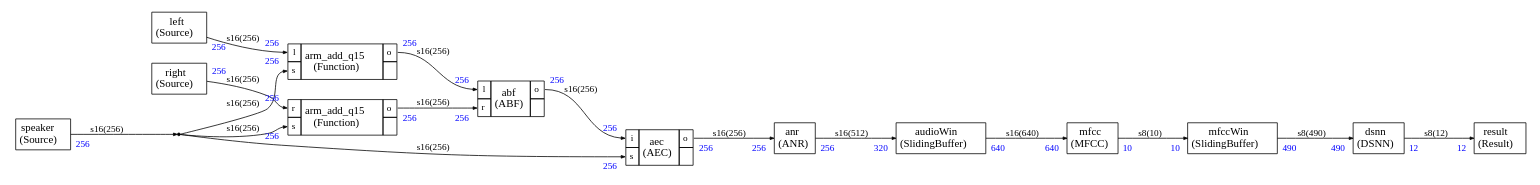
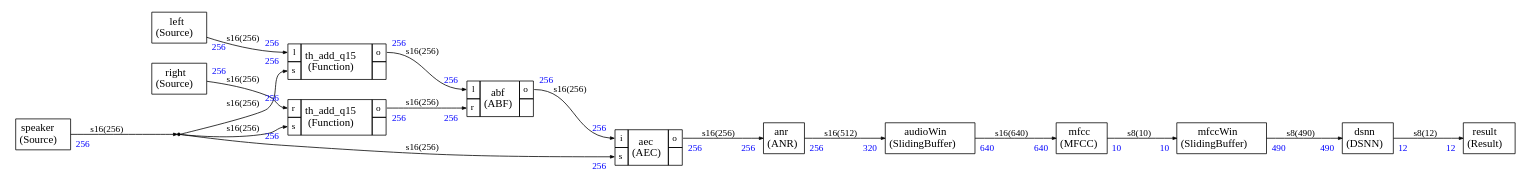
One commit to christophe0606/audiomark changed the diagram in src/cmsis_stream/audiomark.dot. Above: the diagram before and after it, drawn with Graphviz. The commit also changed 34 other files, not shown here.

```diff
--- a/src/cmsis_stream/audiomark.dot
+++ b/src/cmsis_stream/audiomark.dot
@@ -46,38 +46,6 @@
   <TR>
     <TD ALIGN="CENTER" PORT="i"><FONT COLOR="black" POINT-SIZE="14.0">anr<BR/>(ANR)</FONT></TD>
   </TR>
-</TABLE>>];
-
-
-arm_add_q151 [label=<
-<TABLE color="black" bgcolor="none" BORDER="0" CELLBORDER="1" CELLSPACING="0" CELLPADDING="4">
-  <TR>
-    <TD PORT="l"><FONT POINT-SIZE="12.0" COLOR="black">l</FONT></TD>
-    <TD ALIGN="CENTER" ROWSPAN="2"><FONT COLOR="black" POINT-SIZE="14.0">arm_add_q15<BR/>(Function)</FONT></TD>
-    <TD PORT="o"><FONT POINT-SIZE="12.0" COLOR="black">o</FONT></TD>
-  </TR>
-<TR>
-<TD PORT="s"><FONT POINT-SIZE="12.0" COLOR="black">s</FONT></TD>
-
- 
-<TD></TD></TR>
-
-</TABLE>>];
-
-
-arm_add_q152 [label=<
-<TABLE color="black" bgcolor="none" BORDER="0" CELLBORDER="1" CELLSPACING="0" CELLPADDING="4">
-  <TR>
-    <TD PORT="r"><FONT POINT-SIZE="12.0" COLOR="black">r</FONT></TD>
-    <TD ALIGN="CENTER" ROWSPAN="2"><FONT COLOR="black" POINT-SIZE="14.0">arm_add_q15<BR/>(Function)</FONT></TD>
-    <TD PORT="o"><FONT POINT-SIZE="12.0" COLOR="black">o</FONT></TD>
-  </TR>
-<TR>
-<TD PORT="s"><FONT POINT-SIZE="12.0" COLOR="black">s</FONT></TD>
-
- 
-<TD></TD></TR>
-
 </TABLE>>];
 
 audioWin [label=<
@@ -139,26 +107,58 @@
 </TABLE>>];
 
 
+th_add_q151 [label=<
+<TABLE color="black" bgcolor="none" BORDER="0" CELLBORDER="1" CELLSPACING="0" CELLPADDING="4">
+  <TR>
+    <TD PORT="l"><FONT POINT-SIZE="12.0" COLOR="black">l</FONT></TD>
+    <TD ALIGN="CENTER" ROWSPAN="2"><FONT COLOR="black" POINT-SIZE="14.0">th_add_q15<BR/>(Function)</FONT></TD>
+    <TD PORT="o"><FONT POINT-SIZE="12.0" COLOR="black">o</FONT></TD>
+  </TR>
+<TR>
+<TD PORT="s"><FONT POINT-SIZE="12.0" COLOR="black">s</FONT></TD>
 
-left:i -> arm_add_q151:l [style="solid",color="black",fontsize="12.0",fontcolor="black",label=<s16(256)>
+ 
+<TD></TD></TR>
+
+</TABLE>>];
+
+
+th_add_q152 [label=<
+<TABLE color="black" bgcolor="none" BORDER="0" CELLBORDER="1" CELLSPACING="0" CELLPADDING="4">
+  <TR>
+    <TD PORT="r"><FONT POINT-SIZE="12.0" COLOR="black">r</FONT></TD>
+    <TD ALIGN="CENTER" ROWSPAN="2"><FONT COLOR="black" POINT-SIZE="14.0">th_add_q15<BR/>(Function)</FONT></TD>
+    <TD PORT="o"><FONT POINT-SIZE="12.0" COLOR="black">o</FONT></TD>
+  </TR>
+<TR>
+<TD PORT="s"><FONT POINT-SIZE="12.0" COLOR="black">s</FONT></TD>
+
+ 
+<TD></TD></TR>
+
+</TABLE>>];
+
+
+
+left:i -> th_add_q151:l [style="solid",color="black",fontsize="12.0",fontcolor="black",label=<s16(256)>
 ,headlabel=<<TABLE BORDER="0" CELLPADDING="4"><TR><TD><FONT COLOR="blue" POINT-SIZE="12.0" >256</FONT>
 </TD></TR></TABLE>>
 ,taillabel=<<TABLE BORDER="0" CELLPADDING="4"><TR><TD><FONT COLOR="blue" POINT-SIZE="12.0" >256</FONT>
 </TD></TR></TABLE>>]
 
-right:i -> arm_add_q152:r [style="solid",color="black",fontsize="12.0",fontcolor="black",label=<s16(256)>
+right:i -> th_add_q152:r [style="solid",color="black",fontsize="12.0",fontcolor="black",label=<s16(256)>
 ,headlabel=<<TABLE BORDER="0" CELLPADDING="4"><TR><TD><FONT COLOR="blue" POINT-SIZE="12.0" >256</FONT>
 </TD></TR></TABLE>>
 ,taillabel=<<TABLE BORDER="0" CELLPADDING="4"><TR><TD><FONT COLOR="blue" POINT-SIZE="12.0" >256</FONT>
 </TD></TR></TABLE>>]
 
-arm_add_q151:o -> abf:l [style="solid",color="black",fontsize="12.0",fontcolor="black",label=<s16(256)>
+th_add_q151:o -> abf:l [style="solid",color="black",fontsize="12.0",fontcolor="black",label=<s16(256)>
 ,headlabel=<<TABLE BORDER="0" CELLPADDING="4"><TR><TD><FONT COLOR="blue" POINT-SIZE="12.0" >256</FONT>
 </TD></TR></TABLE>>
 ,taillabel=<<TABLE BORDER="0" CELLPADDING="4"><TR><TD><FONT COLOR="blue" POINT-SIZE="12.0" >256</FONT>
 </TD></TR></TABLE>>]
 
-arm_add_q152:o -> abf:r [style="solid",color="black",fontsize="12.0",fontcolor="black",label=<s16(256)>
+th_add_q152:o -> abf:r [style="solid",color="black",fontsize="12.0",fontcolor="black",label=<s16(256)>
 ,headlabel=<<TABLE BORDER="0" CELLPADDING="4"><TR><TD><FONT COLOR="blue" POINT-SIZE="12.0" >256</FONT>
 </TD></TR></TABLE>>
 ,taillabel=<<TABLE BORDER="0" CELLPADDING="4"><TR><TD><FONT COLOR="blue" POINT-SIZE="12.0" >256</FONT>
@@ -213,13 +213,13 @@
 </TD></TR></TABLE>>]
 
  
-dup0 -> arm_add_q151:s [style="solid",color="black",fontsize="12.0",fontcolor="black",label=<s16(256)>
+dup0 -> th_add_q151:s [style="solid",color="black",fontsize="12.0",fontcolor="black",label=<s16(256)>
 ,headlabel=<<TABLE BORDER="0" CELLPADDING="4"><TR><TD><FONT COLOR="blue" POINT-SIZE="12.0" >256</FONT>
 </TD></TR></TABLE>>
 ]
 
  
-dup0 -> arm_add_q152:s [style="solid",color="black",fontsize="12.0",fontcolor="black",label=<s16(256)>
+dup0 -> th_add_q152:s [style="solid",color="black",fontsize="12.0",fontcolor="black",label=<s16(256)>
 ,headlabel=<<TABLE BORDER="0" CELLPADDING="4"><TR><TD><FONT COLOR="blue" POINT-SIZE="12.0" >256</FONT>
 </TD></TR></TABLE>>
 ]
```
